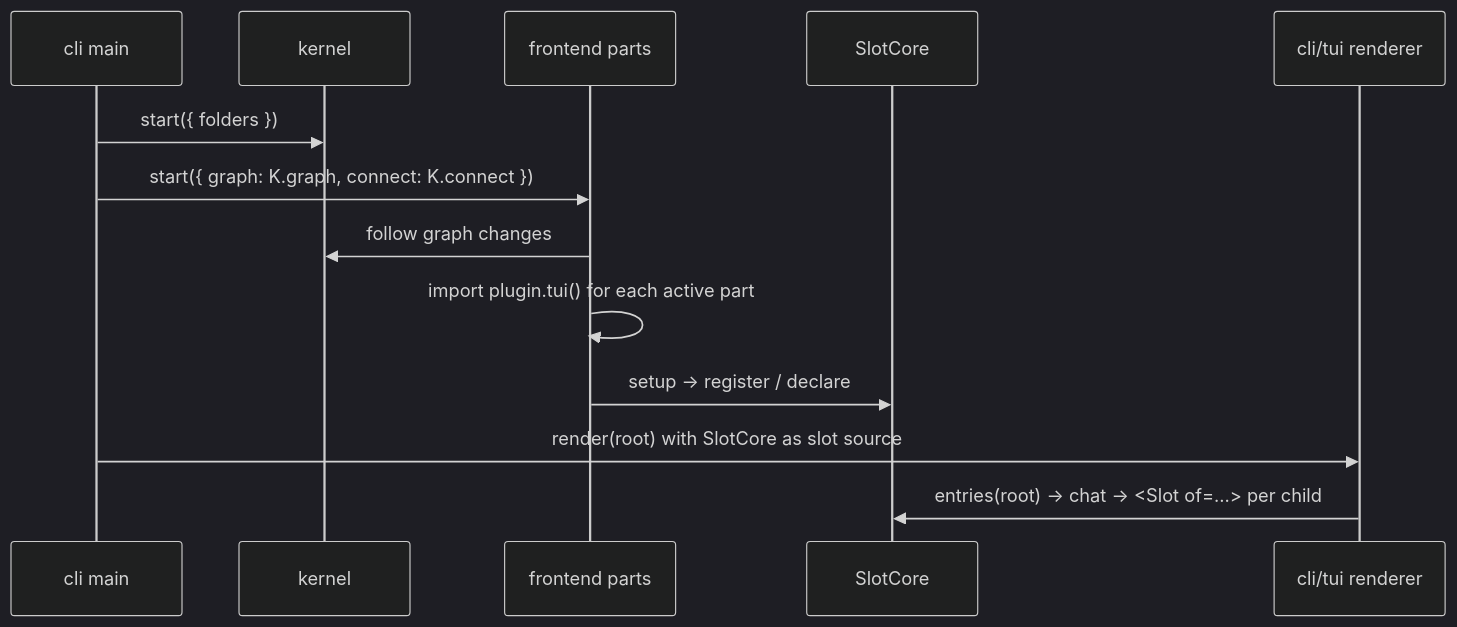
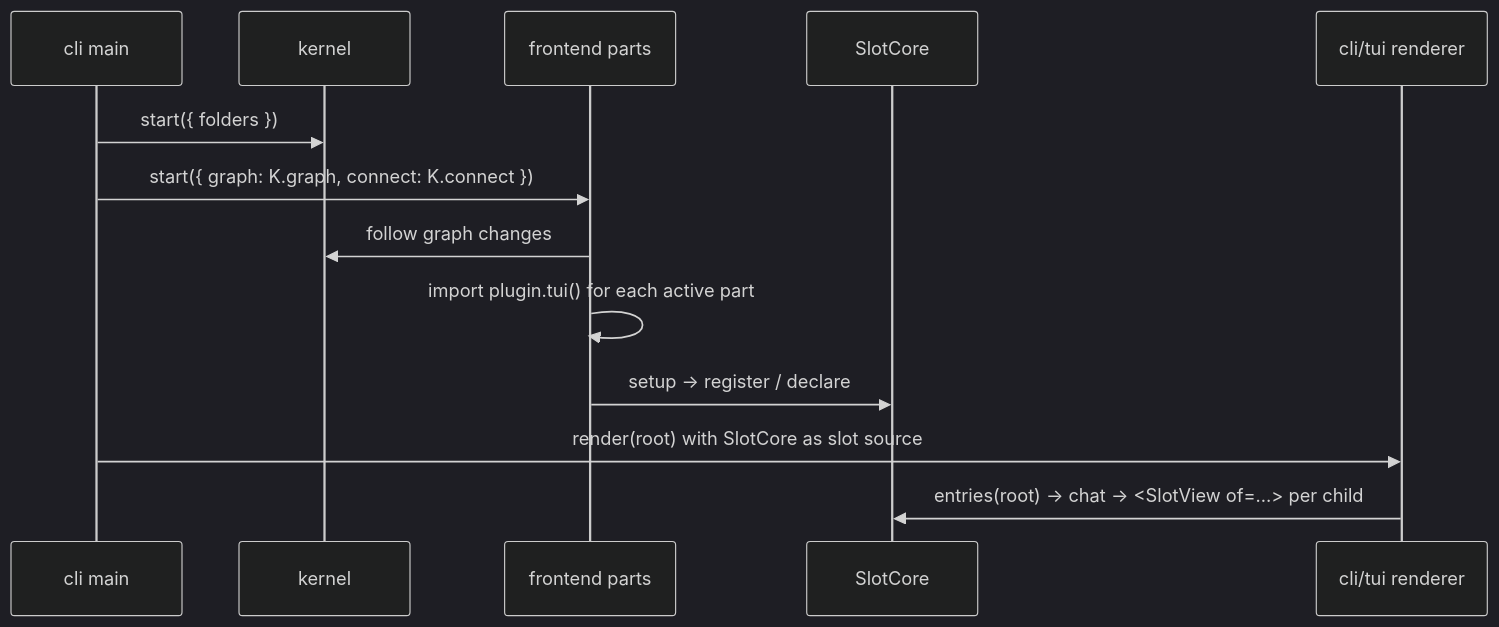
One commit to shanepadgett/liminal changed the second of 2 diagrams in docs/plans/archive/tui-session.md. Above: the diagram before and after it, drawn with Mermaid (dark theme). The commit also changed other lines of this file and 5 other files, not shown here.

````diff
--- a/docs/plans/archive/tui-session.md
+++ b/docs/plans/archive/tui-session.md
@@ -98,15 +102,15 @@
 ```mermaid
 sequenceDiagram
   participant M as cli main
   participant K as kernel
   participant F as frontend parts
   participant C as SlotCore
   participant R as cli/tui renderer
   M->>K: start({ folders })
   M->>F: start({ graph: K.graph, connect: K.connect })
   F->>K: follow graph changes
   F->>F: import plugin.tui() for each active part
   F->>C: setup → register / declare
   M->>R: render(root) with SlotCore as slot source
-  R->>C: entries(root) → chat → <Slot of=…> per child
+  R->>C: entries(root) → chat → <SlotView of=…> per child
 ```
````
